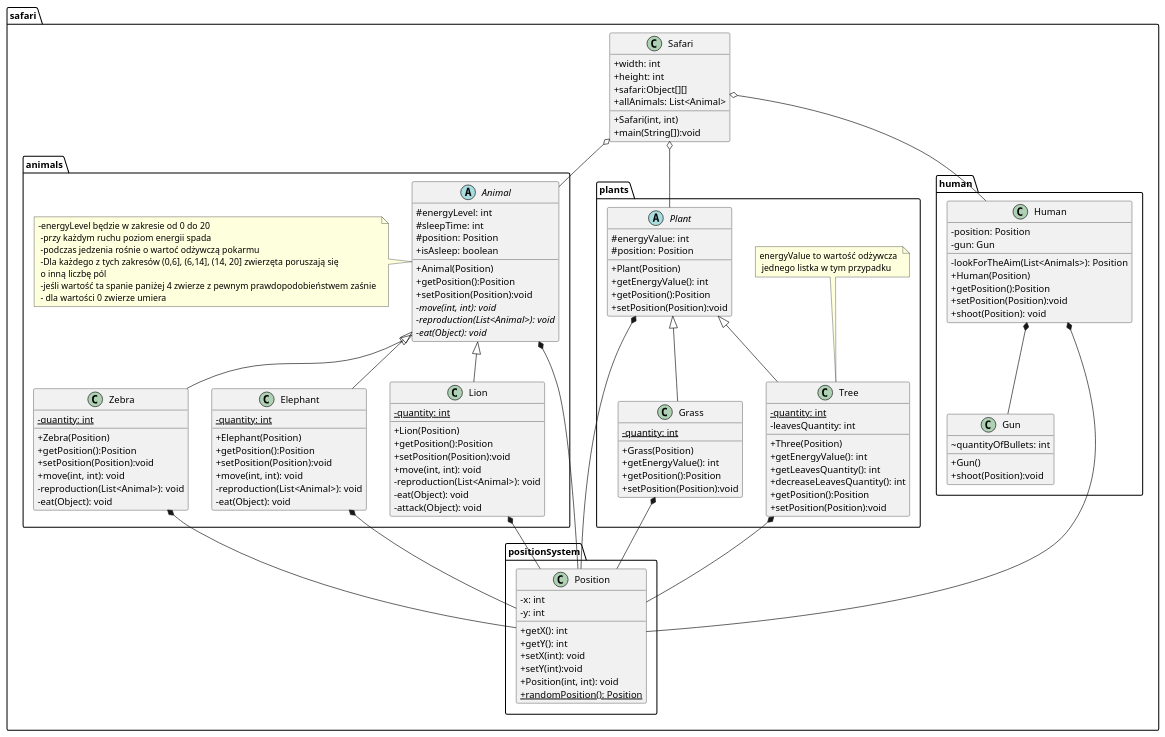
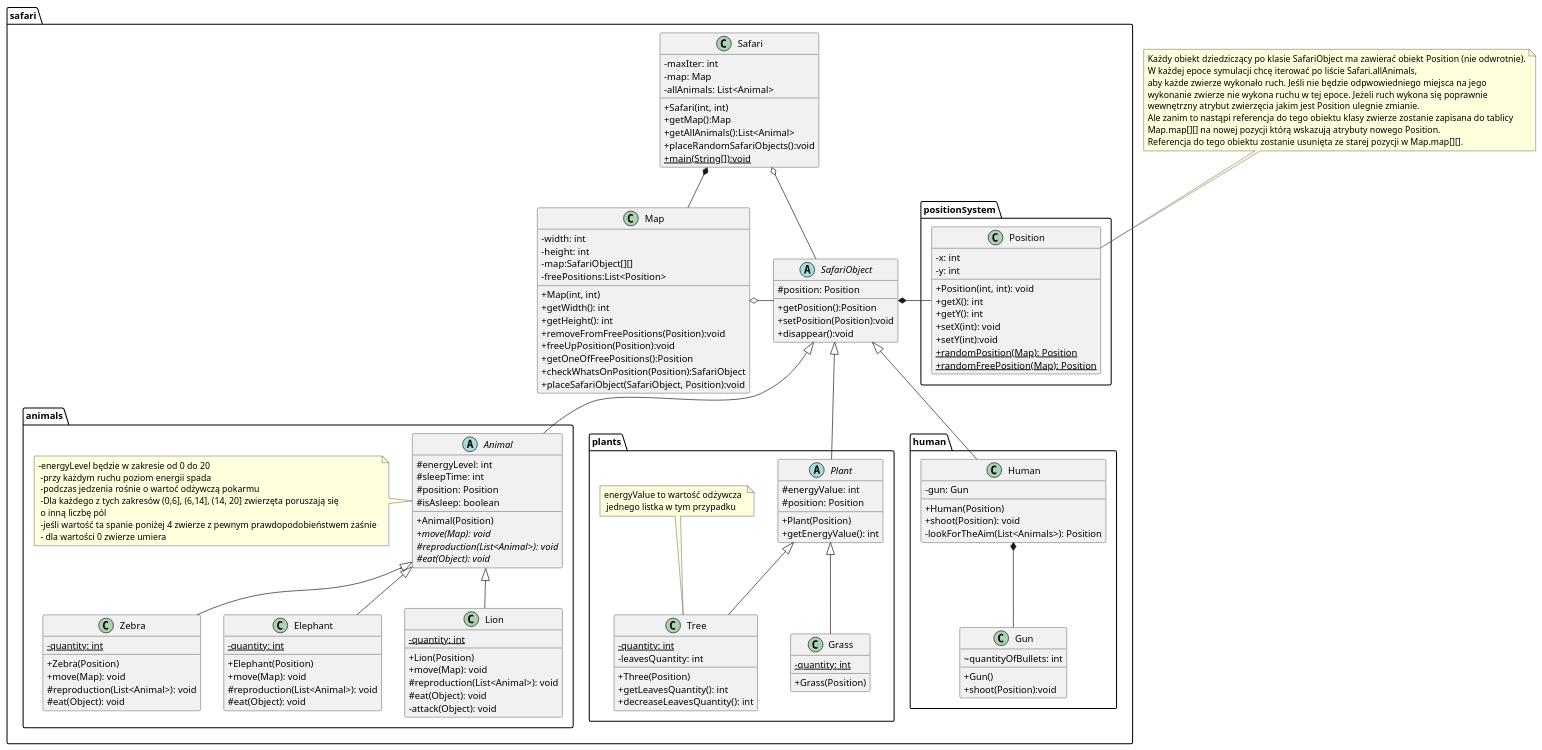
Before and after one commit to Karolina606/Safari: the diagram in src/main/classDiagram.puml, drawn with PlantUML. The commit also changed 2 other files, not shown here.

Commit message:
add corrects to the diagrams

```diff
--- a/src/main/classDiagram.puml
+++ b/src/main/classDiagram.puml
@@ -1,138 +1,138 @@
 @startuml
 skinparam classAttributeIconSize 0
 
 package safari.animals{
     abstract class Animal{
         #energyLevel: int
         #sleepTime: int
         #position: Position
-        +isAsleep: boolean
+        #isAsleep: boolean
         +Animal(Position)
-        +getPosition():Position
-        +setPosition(Position):void
-        -{abstract}move(int, int): void
-        -{abstract}reproduction(List<Animal>): void
-        -{abstract}eat(Object): void
+        +{abstract}move(Map): void
+        #{abstract}reproduction(List<Animal>): void
+        #{abstract}eat(Object): void
     }
-    note left of Animal:-energyLevel będzie w zakresie od 0 do 20 \n -przy każdym ruchu poziom energii spada \n -podczas jedzenia rośnie o wartoć odżywczą pokarmu \n -Dla każdego z tych zakresów (0,6], (6,14], (14, 20] zwierzęta poruszają się \n o inną liczbę pól \n -jeśli wartość ta spanie paniżej 4 zwierze z pewnym prawdopodobieństwem zaśnie \n - dla wartości 0 zwierze umiera
+    note left of Animal:-energyLevel będzie w zakresie od 0 do 20 \n -przy każdym ruchu poziom energii spada \n -podczas jedzenia rośnie o wartoć odżywczą pokarmu \n -Dla każdego z tych zakresów (0,6], (6,14], (14, 20] zwierzęta poruszają się \n o inną liczbę pól \n -jeśli wartość ta spanie poniżej 4 zwierze z pewnym prawdopodobieństwem zaśnie \n - dla wartości 0 zwierze umiera
     class Zebra{
         -{static}quantity: int
         +Zebra(Position)
-        +getPosition():Position
-        +setPosition(Position):void
-        +move(int, int): void
-        -reproduction(List<Animal>): void
-        -eat(Object): void
+        +move(Map): void
+        #reproduction(List<Animal>): void
+        #eat(Object): void
     }
     class Elephant{
         -{static}quantity: int
         +Elephant(Position)
-        +getPosition():Position
-        +setPosition(Position):void
-        +move(int, int): void
-        -reproduction(List<Animal>): void
-        -eat(Object): void
+        +move(Map): void
+        #reproduction(List<Animal>): void
+        #eat(Object): void
     }
     class Lion{
         -{static}quantity: int
         +Lion(Position)
-        +getPosition():Position
-        +setPosition(Position):void
-        +move(int, int): void
-        -reproduction(List<Animal>): void
-        -eat(Object): void
+        +move(Map): void
+        #reproduction(List<Animal>): void
+        #eat(Object): void
         -attack(Object): void
     }
 
     Animal <|-- Zebra
     Animal <|-- Elephant
     Animal <|-- Lion
 }
 package safari.plants{
     abstract class Plant{
         #energyValue: int
         #position: Position
         +Plant(Position)
         +getEnergyValue(): int
-        +getPosition():Position
-        +setPosition(Position):void
     }
     class Grass{
         -{static}quantity: int
         +Grass(Position)
-        +getEnergyValue(): int
-        +getPosition():Position
-        +setPosition(Position):void
     }
     class Tree{
         -{static}quantity: int
         -leavesQuantity: int
         +Three(Position)
-        +getEnergyValue(): int
         +getLeavesQuantity(): int
         +decreaseLeavesQuantity(): int
-        +getPosition():Position
-        +setPosition(Position):void
     }
     note top of Tree: energyValue to wartość odżywcza \n jednego listka w tym przypadku
 
     Plant <|-- Grass
     Plant <|-- Tree
 }
 
 package safari.human{
     class Human{
-        -position: Position
         -gun: Gun
+        +Human(Position)
+        +shoot(Position): void
         -lookForTheAim(List<Animals>): Position
-        +Human(Position)
-        +getPosition():Position
-        +setPosition(Position):void
-        +shoot(Position): void
     }
     class Gun{
         ~quantityOfBullets: int
         +Gun()
         +shoot(Position):void
     }
     Human *-- Gun
 }
 
 package safari{
     class Safari{
-        +width: int
-        +height: int
-        +safari:Object[][]
-        +allAnimals: List<Animal>
+        -maxIter: int
+        -map: Map
+        -allAnimals: List<Animal>
         +Safari(int, int)
-        +main(String[]):void
+        +getMap():Map
+        +getAllAnimals():List<Animal>
+        +placeRandomSafariObjects():void
+        +{static}main(String[]):void
     }
 
-    Safari o-- Animal
-    Safari o-- Plant
-    Safari o-- Human
+    class Map{
+        -width: int
+        -height: int
+        -map:SafariObject[][]
+        -freePositions:List<Position>
+        +Map(int, int)
+        +getWidth(): int
+        +getHeight(): int
+        +removeFromFreePositions(Position):void
+        +freeUpPosition(Position):void
+        +getOneOfFreePositions():Position
+        +checkWhatsOnPosition(Position):SafariObject
+        +placeSafariObject(SafariObject, Position):void
+    }
+
+    abstract class SafariObject{
+        #position: Position
+        +getPosition():Position
+        +setPosition(Position):void
+        +disappear():void
+    }
+    Safari *-- Map
+    Safari o-- SafariObject
+    Map o-right- SafariObject
+    SafariObject <|-- Animal
+    SafariObject <|-- Plant
+    SafariObject <|-- Human
 }
 package safari.positionSystem{
     class Position{
         -x: int
         -y: int
+        +Position(int, int): void
         +getX(): int
         +getY(): int
         +setX(int): void
         +setY(int):void
-        +Position(int, int): void
-        +{static}randomPosition(): Position
+        +{static}randomPosition(Map): Position
+        +{static}randomFreePosition(Map): Position
     }
-
-    Animal *-- Position
-    Zebra *-- Position
-    Elephant *-- Position
-    Lion *-- Position
-
-    Plant *-- Position
-    Grass *-- Position
-    Tree *-- Position
-    Human *-- Position
+    SafariObject *-right- Position
 }
+note top of Position: Każdy obiekt dziedziczący po klasie SafariObject ma zawierać obiekt Position (nie odwrotnie).\nW każdej epoce symulacji chcę iterować po liście Safari.allAnimals,\naby każde zwierze wykonało ruch. Jeśli nie będzie odpwowiedniego miejsca na jego\nwykonanie zwierze nie wykona ruchu w tej epoce. Jeżeli ruch wykona się poprawnie\nwewnętrzny atrybut zwierzęcia jakim jest Position ulegnie zmianie.\nAle zanim to nastąpi referencja do tego obiektu klasy zwierze zostanie zapisana do tablicy\nMap.map[][] na nowej pozycji którą wskazują atrybuty nowego Position.\nReferencja do tego obiektu zostanie usunięta ze starej pozycji w Map.map[][].
 
 @enduml
```
